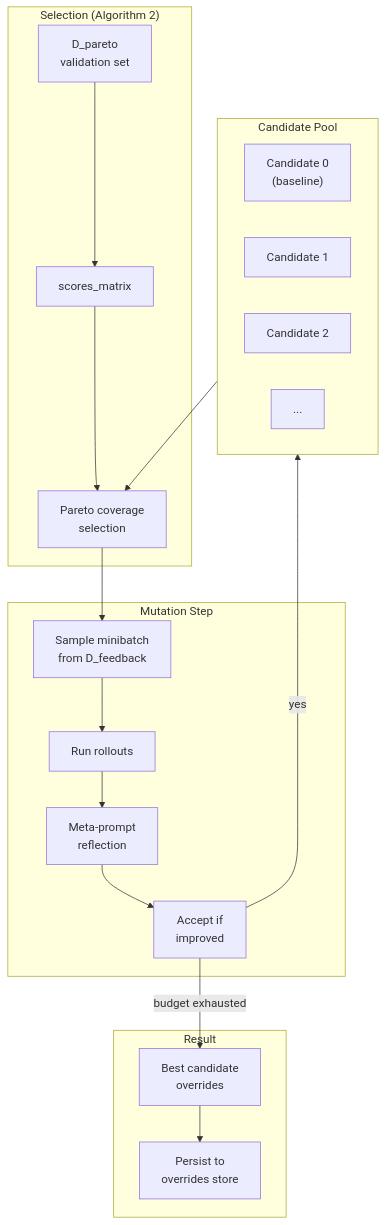
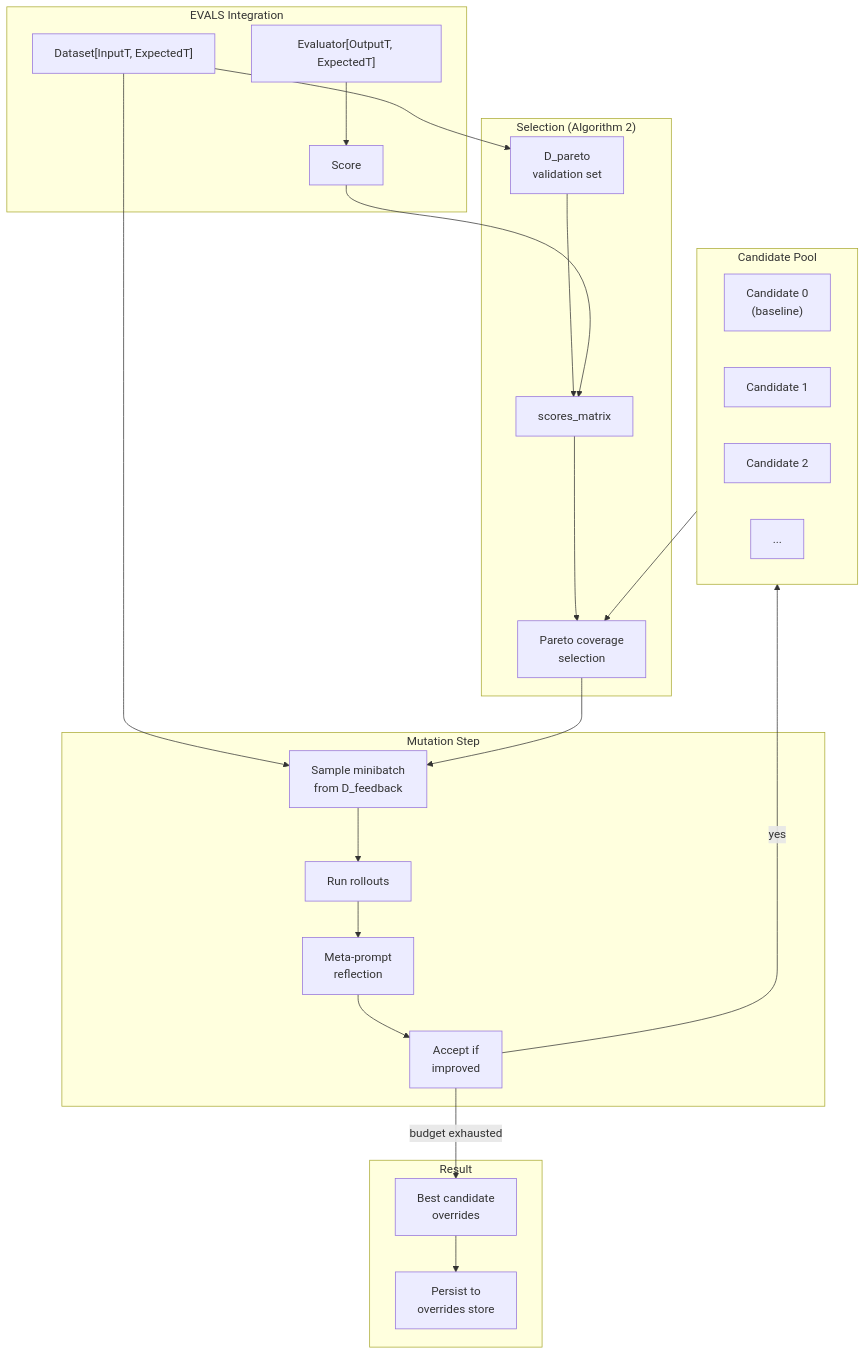
Before and after one commit to weakincentives/weakincentives: the diagram in specs/GEPA.md, drawn with Mermaid. The commit also changed other lines of this file, not shown here.

First line of the commit message:
Rewrite GEPA spec to integrate with EVALS infrastructure

````diff
--- a/specs/GEPA.md
+++ b/specs/GEPA.md
@@ -23,38 +23,48 @@
 ```mermaid
 flowchart TB
     subgraph Population["Candidate Pool"]
         C0["Candidate 0<br/>(baseline)"]
         C1["Candidate 1"]
         C2["Candidate 2"]
         Cn["..."]
+    end
+
+    subgraph Eval["EVALS Integration"]
+        Dataset["Dataset[InputT, ExpectedT]"]
+        Evaluator["Evaluator[OutputT, ExpectedT]"]
+        Score["Score"]
     end
 
     subgraph Selection["Selection (Algorithm 2)"]
         Pareto["D_pareto<br/>validation set"]
         Scores["scores_matrix"]
         ParetoSelect["Pareto coverage<br/>selection"]
     end
 
     subgraph Mutation["Mutation Step"]
         Minibatch["Sample minibatch<br/>from D_feedback"]
         Rollouts["Run rollouts"]
         Meta["Meta-prompt<br/>reflection"]
         Accept["Accept if<br/>improved"]
     end
 
     subgraph Result["Result"]
         Best["Best candidate<br/>overrides"]
         Persist["Persist to<br/>overrides store"]
     end
 
+    Dataset --> Pareto
+    Dataset --> Minibatch
     Population --> ParetoSelect
     Pareto --> Scores
+    Evaluator --> Score
+    Score --> Scores
     Scores --> ParetoSelect
     ParetoSelect --> Minibatch
     Minibatch --> Rollouts
     Rollouts --> Meta
     Meta --> Accept
     Accept -->|yes| Population
     Accept -->|budget exhausted| Best
     Best --> Persist
 ```
````
